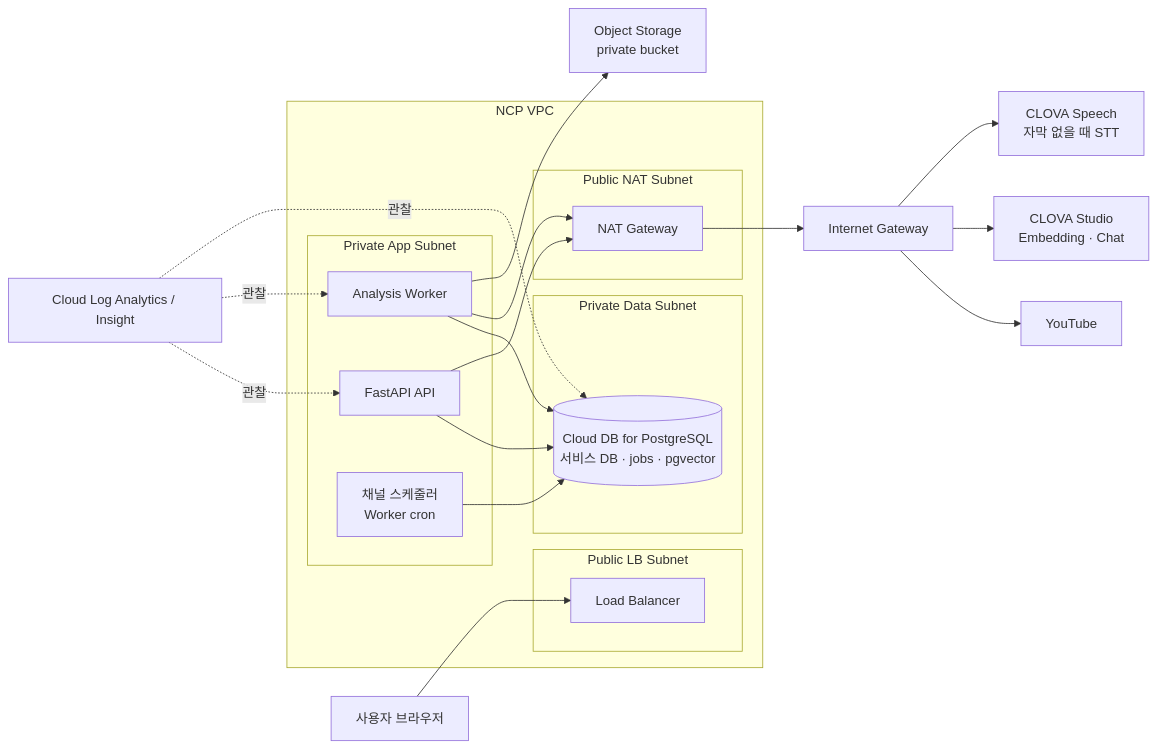
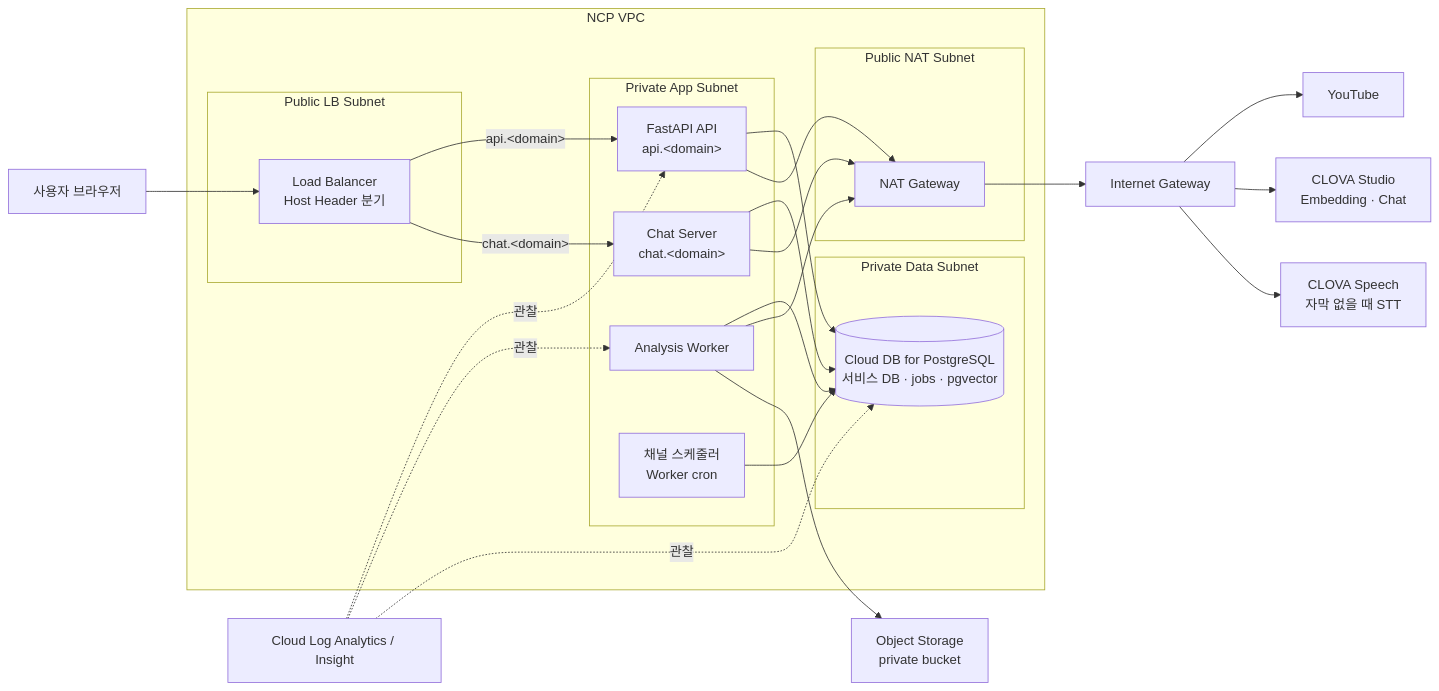
The first of 5 diagrams in docs/infra.md (ncp-ai-pro/video-rag-mvp), drawn with Mermaid before and after one commit. The commit also changed other lines of this file and 1 other file, not shown here.

Commit message:
Document dedicated NAT and chat routing

```diff
--- a/docs/infra.md
+++ b/docs/infra.md
@@ -31,33 +32,38 @@
 ~~~mermaid
 flowchart LR
-    U[사용자 브라우저] --> LB[Load Balancer]
+    U[사용자 브라우저] --> LB[Load Balancer<br/>Host Header 분기]
     subgraph VPC[NCP VPC]
       subgraph Public[Public LB Subnet]
         LB
       end
       subgraph NatPublic[Public NAT Subnet]
         NAT[NAT Gateway]
       end
       subgraph App[Private App Subnet]
-        API[FastAPI API]
+        API[FastAPI API<br/>api.&lt;domain&gt;]
+        CHAT[Chat Server<br/>chat.&lt;domain&gt;]
         W[Analysis Worker]
         SCH[채널 스케줄러<br/>Worker cron]
       end
       subgraph Data[Private Data Subnet]
         DB[(Cloud DB for PostgreSQL<br/>서비스 DB · jobs · pgvector)]
       end
       API --> DB
+      CHAT --> DB
       API --> NAT
+      CHAT --> NAT
       SCH --> DB
       W --> DB
       W --> NAT
     end
+    LB -->|api.&lt;domain&gt;| API
+    LB -->|chat.&lt;domain&gt;| CHAT
     NAT --> IGW[Internet Gateway]
     IGW --> YT[YouTube]
     IGW --> STUDIO[CLOVA Studio<br/>Embedding · Chat]
     IGW --> SPEECH[CLOVA Speech<br/>자막 없을 때 STT]
     W --> OS[Object Storage<br/>private bucket]
     LOG[Cloud Log Analytics / Insight] -. 관찰 .-> API
     LOG -. 관찰 .-> W
     LOG -. 관찰 .-> DB
 ~~~
```
